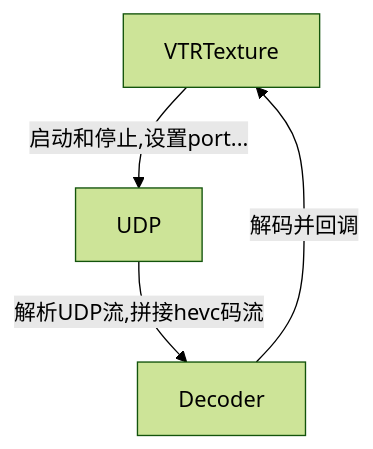
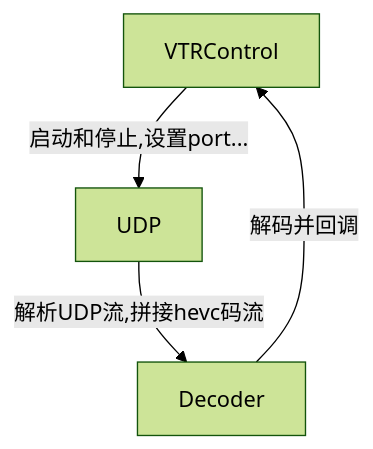
Before and after one commit to SZURPVision/MasterPilot.VTR: the diagram in README.md, drawn with Mermaid (forest theme). The commit also changed other lines of this file and 9 other files, not shown here.

Commit message:
update(vtr): 图在传节点改名为`VTRControl`, 能够完全自治, 并补充断线后变透明的功能以防误导.

````diff
--- a/README.md
+++ b/README.md
@@ -13,12 +15,12 @@
 ```mermaid
 graph
 
-VTRTexture
+VTRControl
 UDP
 Decoder
 
-VTRTexture --"启动和停止,设置port..."--> UDP
+VTRControl --"启动和停止,设置port..."--> UDP
 UDP --"解析UDP流,拼接hevc码流"--> Decoder
-Decoder --"解码并回调"-->VTRTexture
+Decoder --"解码并回调"-->VTRControl
 
 ```
````
